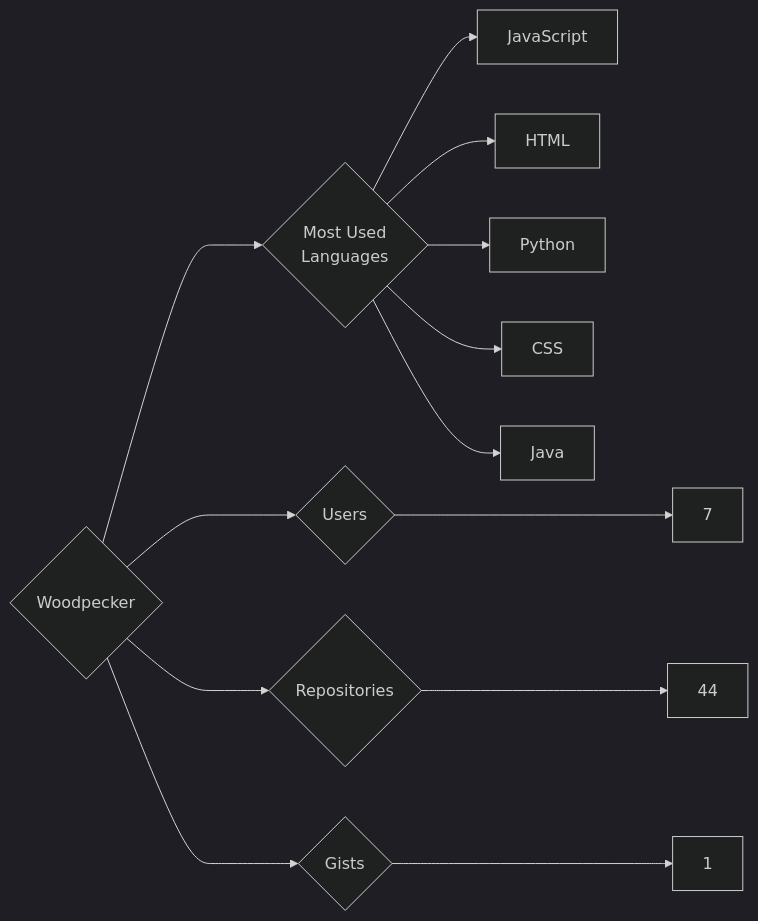
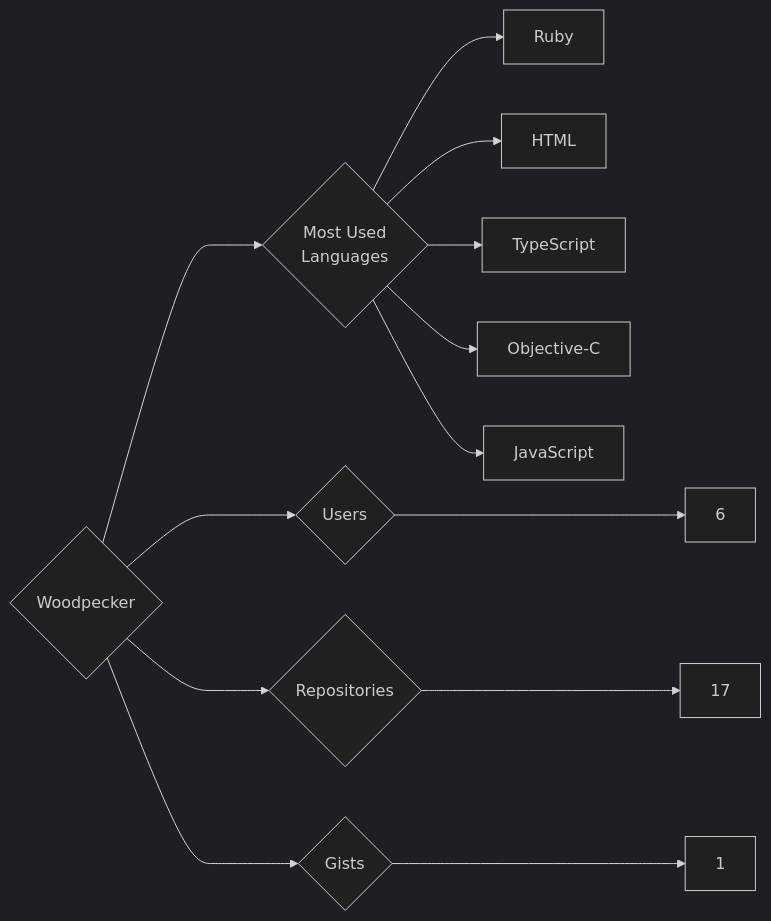
Before and after one commit to trickest/insiders: the diagram in targets/Woodpecker/README.md, drawn with Mermaid (dark theme). The commit also changed 1484 other files, not shown here.

````diff
--- a/targets/Woodpecker/README.md
+++ b/targets/Woodpecker/README.md
@@ -3,13 +3,13 @@
 ```mermaid
 graph LR
 COMPANY_NAME{Woodpecker}
-COMPANY_NAME ---> U{Users} ---> UN[7]
-COMPANY_NAME ---> R{Repositories} ---> RN[44]
+COMPANY_NAME ---> U{Users} ---> UN[6]
+COMPANY_NAME ---> R{Repositories} ---> RN[17]
 COMPANY_NAME ---> G{Gists} ---> GN[1]
 COMPANY_NAME ---> ML{Most Used<br>Languages}
+ML --> Ruby[Ruby]
+ML --> HTML[HTML]
+ML --> TypeScript[TypeScript]
+ML --> Objective-C[Objective-C]
 ML --> JavaScript[JavaScript]
-ML --> HTML[HTML]
-ML --> Python[Python]
-ML --> CSS[CSS]
-ML --> Java[Java]
 ```
````
